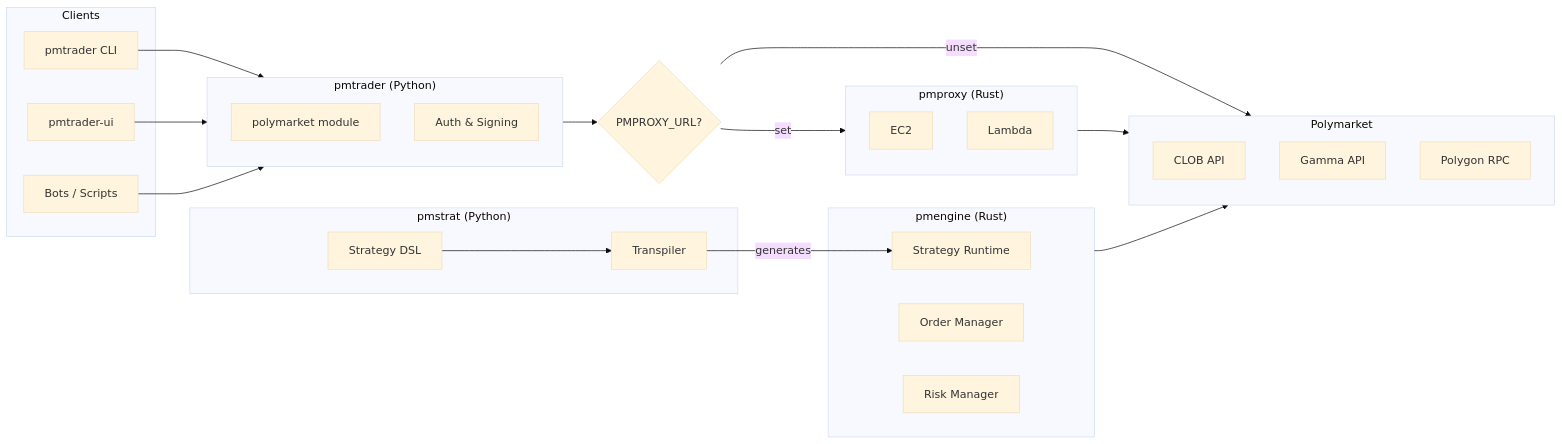
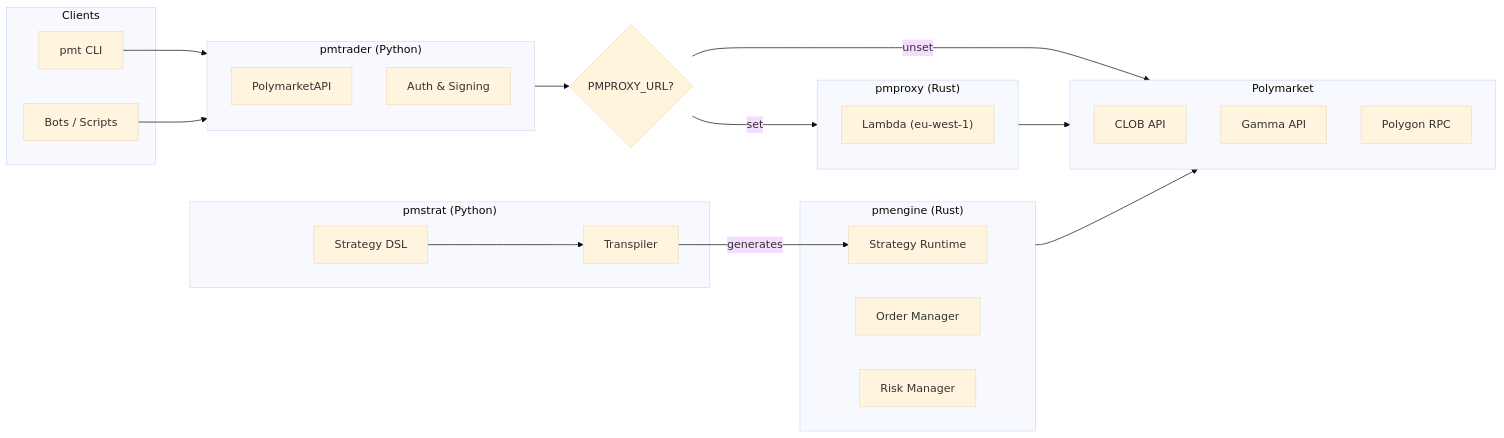
One commit to hunterjsb/pmt changed the diagram in README.md. Above: the diagram before and after it, drawn with Mermaid (base theme). The commit also changed other lines of this file, not shown here.

First line of the commit message:
docs: update root README for the pmt CLI and PolymarketAPI

````diff
--- a/README.md
+++ b/README.md
@@ -19,50 +19,47 @@
 ```mermaid
 flowchart LR
     subgraph Clients
-        CLI["pmtrader CLI"]
-        UI["pmtrader-ui"]
+        CLI["pmt CLI"]
         BOT["Bots / Scripts"]
     end
 
     subgraph PMT["pmtrader (Python)"]
-        LIB["polymarket module"]
+        API["PolymarketAPI"]
         AUTH["Auth & Signing"]
     end
 
     subgraph STRATDSL["pmstrat (Python)"]
         DSL["Strategy DSL"]
         TRANS["Transpiler"]
     end
 
     subgraph ENGINE["pmengine (Rust)"]
         STRAT["Strategy Runtime"]
         ORDER["Order Manager"]
         RISK["Risk Manager"]
     end
 
     DSL --> TRANS
     TRANS -->|"generates"| STRAT
 
     CLI --> PMT
-    UI --> PMT
     BOT --> PMT
 
     PMT --> DECIDE{"PMPROXY_URL?"}
 
     subgraph PROXY["pmproxy (Rust)"]
-        EC2["EC2"]
-        LAMBDA["Lambda"]
+        LAMBDA["Lambda (eu-west-1)"]
     end
 
     DECIDE -->|set| PROXY
     DECIDE -->|unset| POLY
 
     subgraph POLY["Polymarket"]
         CLOB["CLOB API"]
         GAMMA["Gamma API"]
         RPC["Polygon RPC"]
     end
 
     PROXY --> POLY
     ENGINE --> POLY
 ```
````
